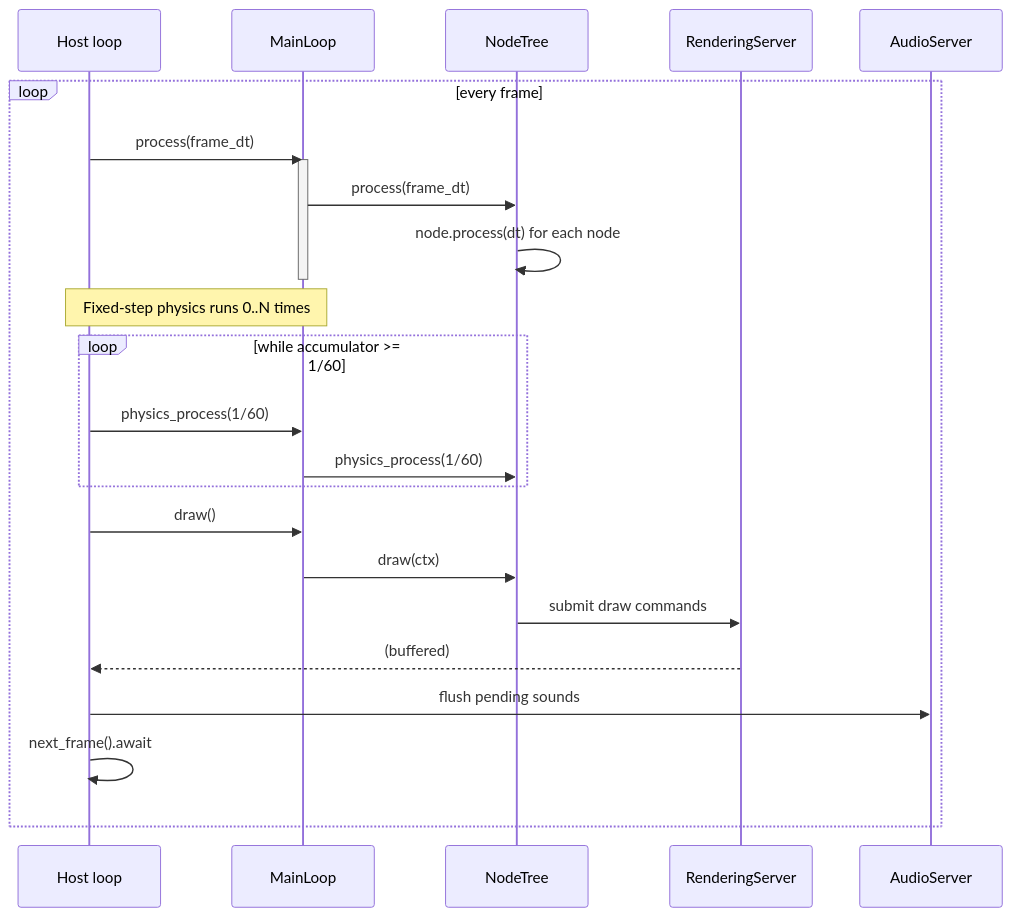
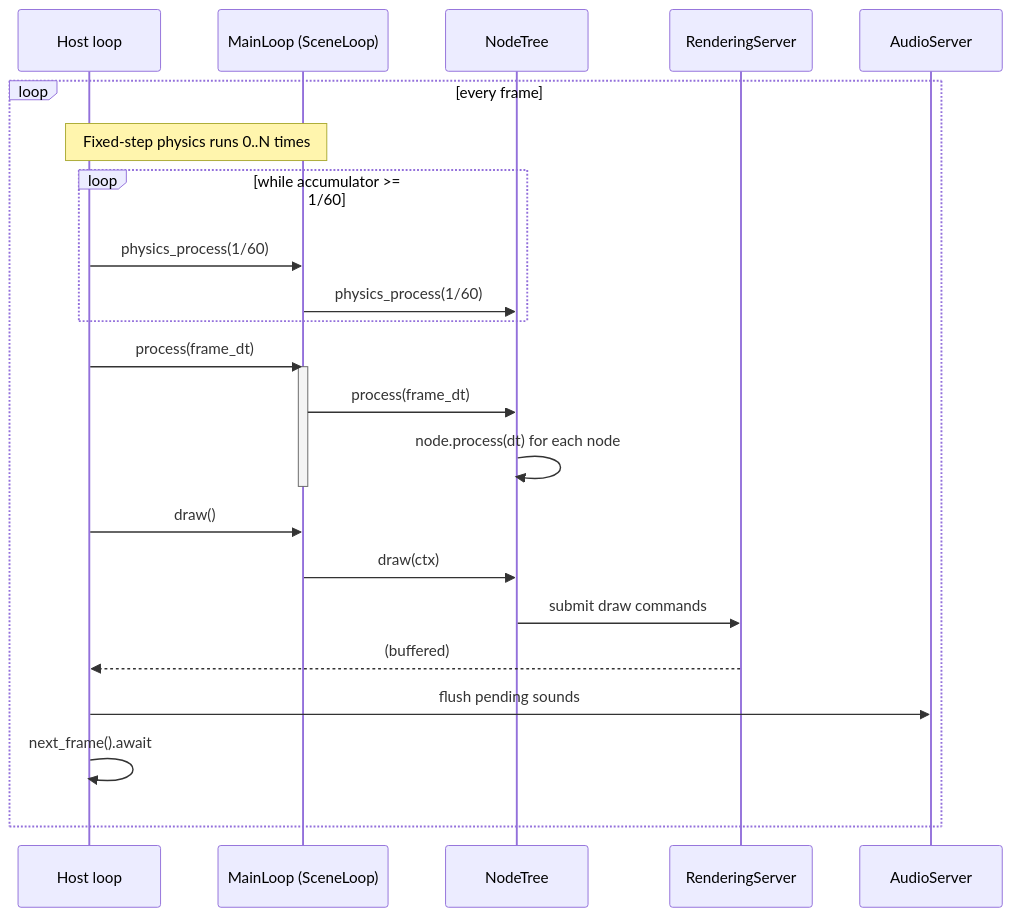
One commit to titouanthd/ember changed the third of 4 diagrams in docs/engine/v0.1/01-architecture.md. Above: the diagram before and after it, drawn with Mermaid. The commit also changed other lines of this file and 23 other files, not shown here.

````diff
--- a/docs/engine/v0.1/01-architecture.md
+++ b/docs/engine/v0.1/01-architecture.md
@@ -187,29 +192,29 @@
 ```mermaid
 sequenceDiagram
     participant Host as Host loop
-    participant ML as MainLoop
+    participant ML as MainLoop (SceneLoop)
     participant SC as NodeTree
     participant RD as RenderingServer
     participant AS as AudioServer
 
     loop every frame
+        Note over Host,ML: Fixed-step physics runs 0..N times
+        loop while accumulator >= 1/60
+            Host->>ML: physics_process(1/60)
+            ML->>SC: physics_process(1/60)
+        end
+
         Host->>ML: process(frame_dt)
         activate ML
         ML->>SC: process(frame_dt)
         SC->>SC: node.process(dt) for each node
         deactivate ML
-
-        Note over Host,ML: Fixed-step physics runs 0..N times
-        loop while accumulator >= 1/60
-            Host->>ML: physics_process(1/60)
-            ML->>SC: physics_process(1/60)
-        end
 
         Host->>ML: draw()
         ML->>SC: draw(ctx)
         SC->>RD: submit draw commands
         RD-->>Host: (buffered)
         Host->>AS: flush pending sounds
         Host->>Host: next_frame().await
     end
 ```
````
